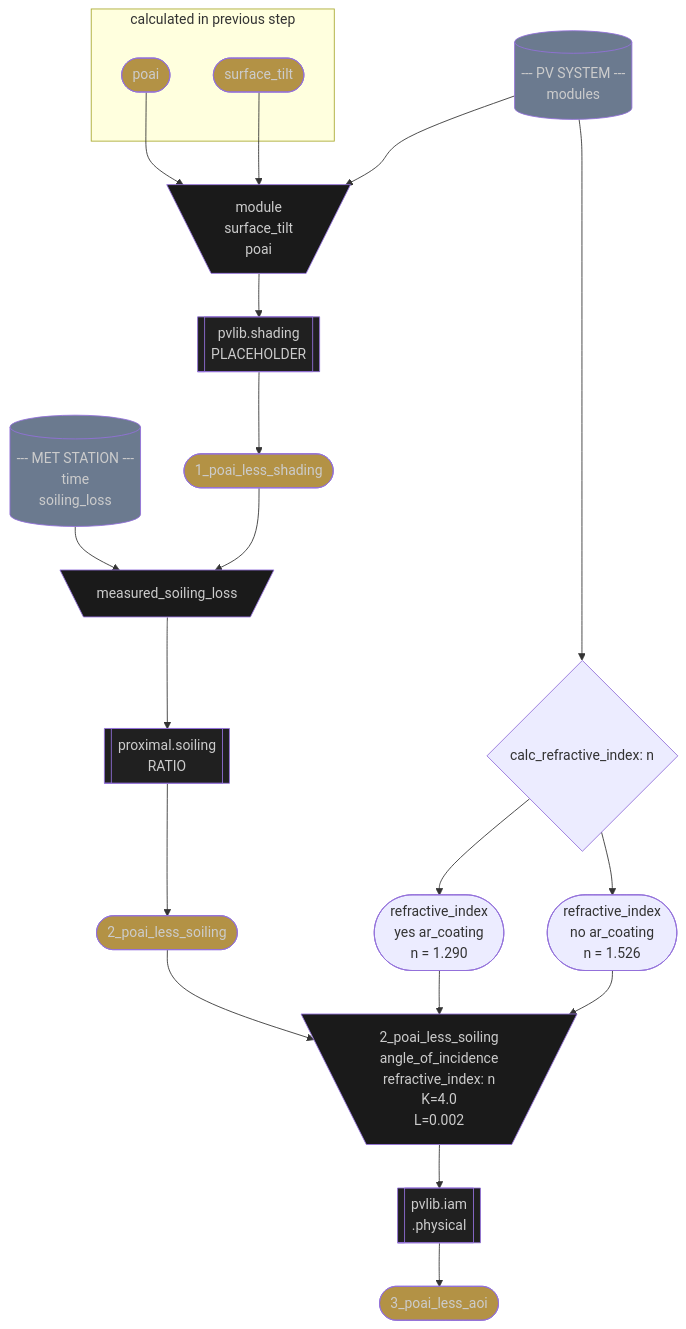
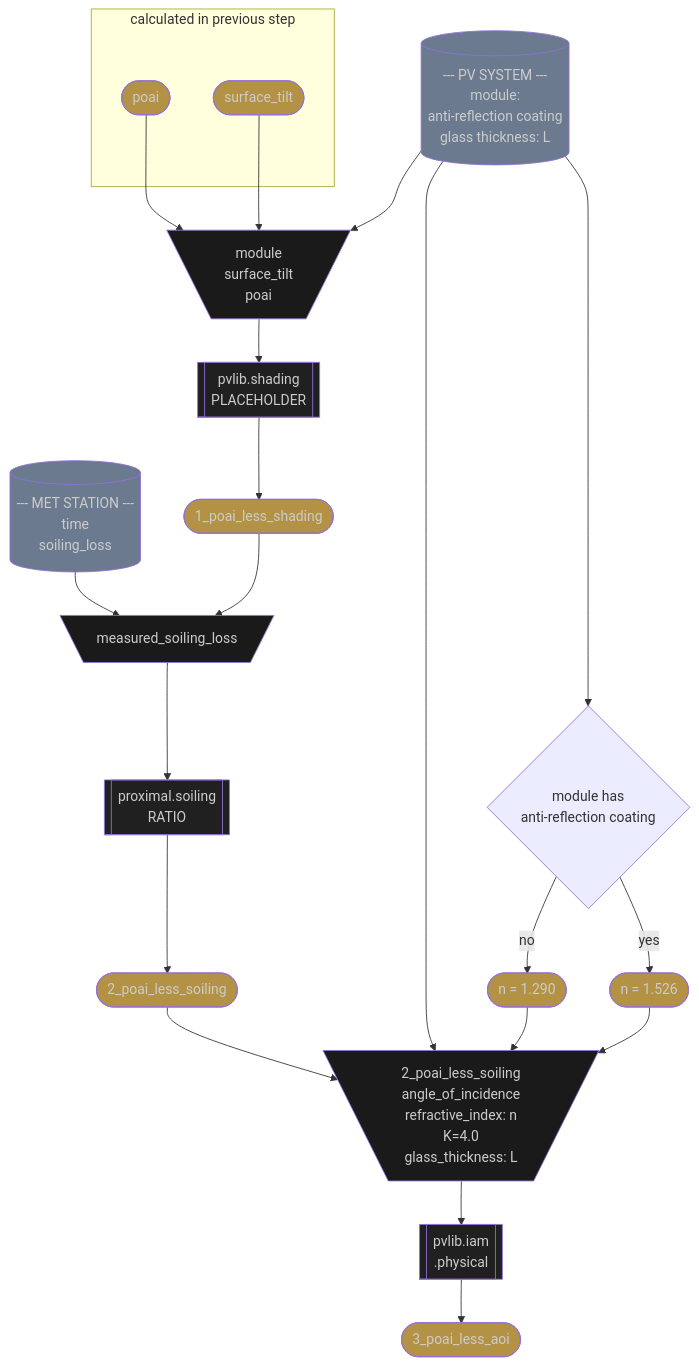
One commit to ProximalEnergy/docs-mdbook changed the second of 2 diagrams in src/pv_performance/effective_plane_of_array_irradiance.md. Above: the diagram before and after it, drawn with Mermaid.

Commit message:
small progress

```diff
--- a/src/pv_performance/effective_plane_of_array_irradiance.md
+++ b/src/pv_performance/effective_plane_of_array_irradiance.md
@@ -64,9 +64,12 @@
 
   pv_system[(
     --- PV SYSTEM ---
-    modules
+    module:
+      anti-reflection coating
+      glass thickness: L
   )]:::source
   pv_system --> calc_refractive_index
+  pv_system --> calc_aoi_inputs
 
   subgraph calculated in previous step
     %% --- POAI ---
@@ -122,25 +125,21 @@
 
   %% --- REFRACTIVE INDEX ---
   calc_refractive_index{
-    calc_refractive_index: n
+    module has
+    anti-reflection coating
   }
-  calc_refractive_index --> refractive_index_standard
-  calc_refractive_index --> refractive_index_ar
+  calc_refractive_index -->|yes| refractive_index_standard
+  calc_refractive_index -->|no| refractive_index_ar
 
   refractive_index_standard([
-    refractive_index
-    no ar_coating
     n = 1.526
-  ])
+  ]):::outputs
   refractive_index_standard --> calc_aoi_inputs
 
   refractive_index_ar([
-    refractive_index
-    yes ar_coating
     n = 1.290
-  ])
+  ]):::outputs
   refractive_index_ar --> calc_aoi_inputs
-
 
 
   %% --- AOI ---
@@ -149,7 +148,7 @@
     angle_of_incidence
     refractive_index: n
     K=4.0
-    L=0.002
+    glass_thickness: L
     /]:::inputs
   calc_aoi_inputs --> calc_aoi
 
```
